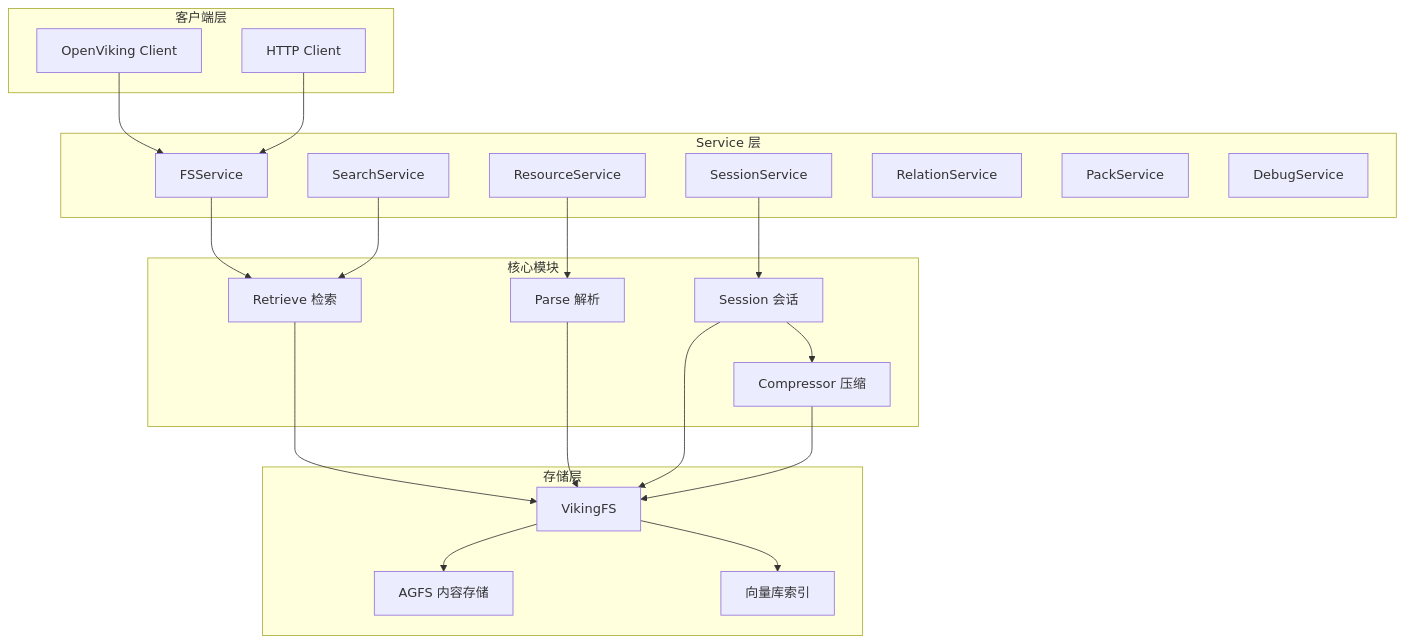
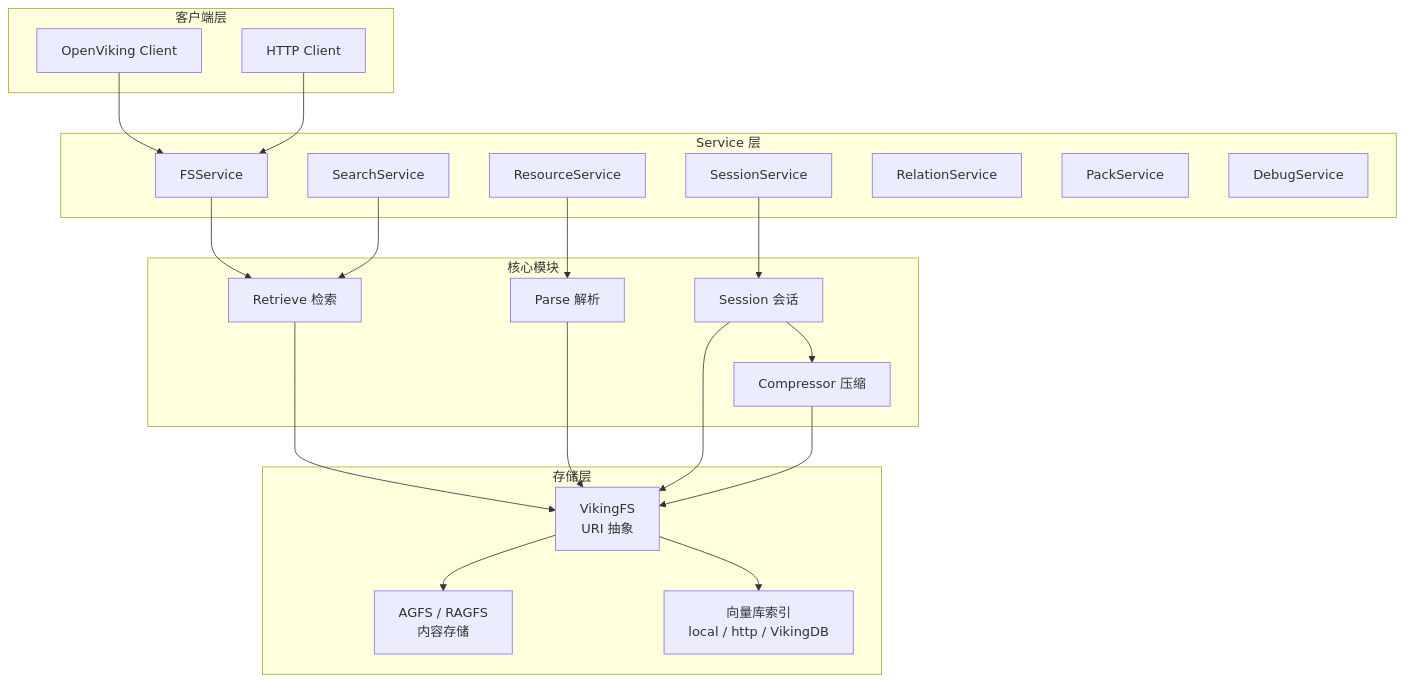
Before and after one commit to caicongyang/bloger: the second of 19 diagrams in openviking/01-项目概览与架构.md, drawn with Mermaid. The commit also changed other lines of this file and 10 other files, not shown here.

````diff
--- a/openviking/01-项目概览与架构.md
+++ b/openviking/01-项目概览与架构.md
@@ -127,46 +149,46 @@
 ```mermaid
 flowchart TB
     subgraph Client["客户端层"]
         C[OpenViking Client]
         HC[HTTP Client]
     end
 
     subgraph Service["Service 层"]
         FS[FSService]
         SS[SearchService]
         SeS[SessionService]
         RS[ResourceService]
         ReS[RelationService]
         PS[PackService]
         DS[DebugService]
     end
 
     subgraph Core["核心模块"]
         R[Retrieve 检索]
         P[Parse 解析]
         S[Session 会话]
         Co[Compressor 压缩]
     end
 
     subgraph Storage["存储层"]
-        VFS[VikingFS]
-        AGFS[AGFS 内容存储]
-        VB[向量库索引]
+        VFS[VikingFS<br/>URI 抽象]
+        AGFS[AGFS / RAGFS<br/>内容存储]
+        VB[向量库索引<br/>local / http / VikingDB]
     end
 
     C --> FS
     HC --> FS
     FS --> R
     SS --> R
     SeS --> S
     RS --> P
     S --> Co
     
     R --> VFS
     P --> VFS
     S --> VFS
     Co --> VFS
     
     VFS --> AGFS
     VFS --> VB
 ```
````
